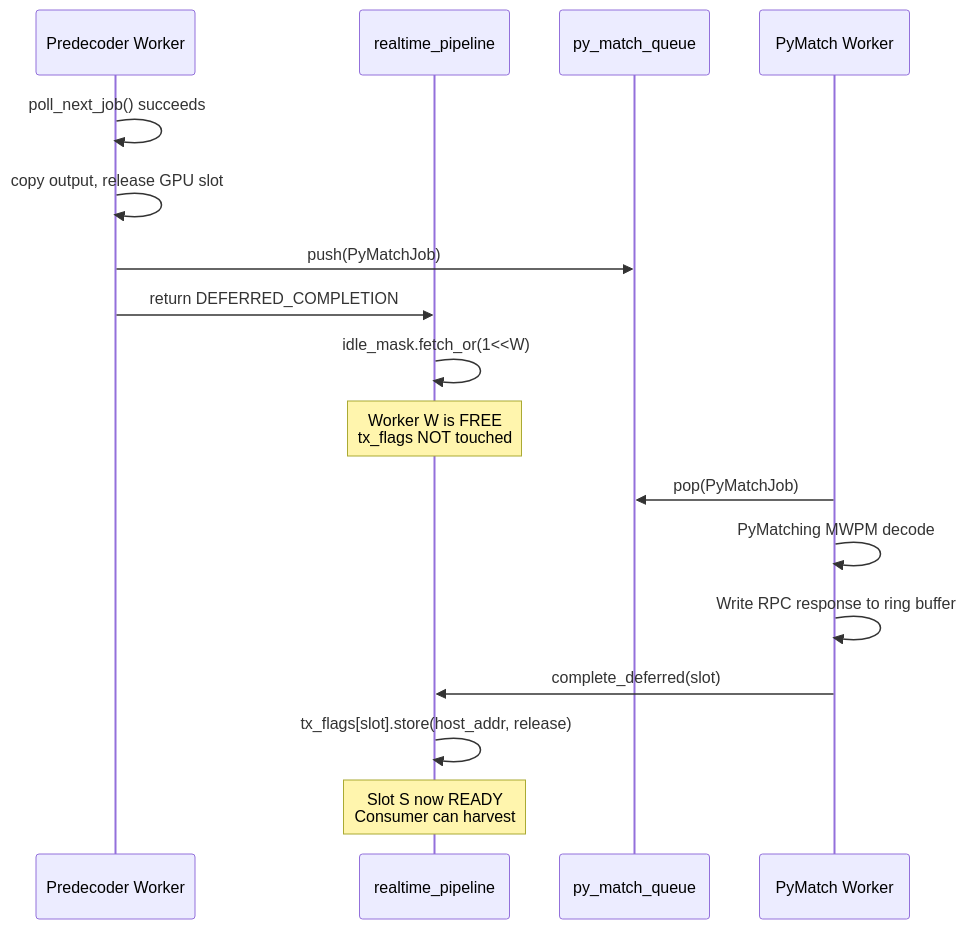
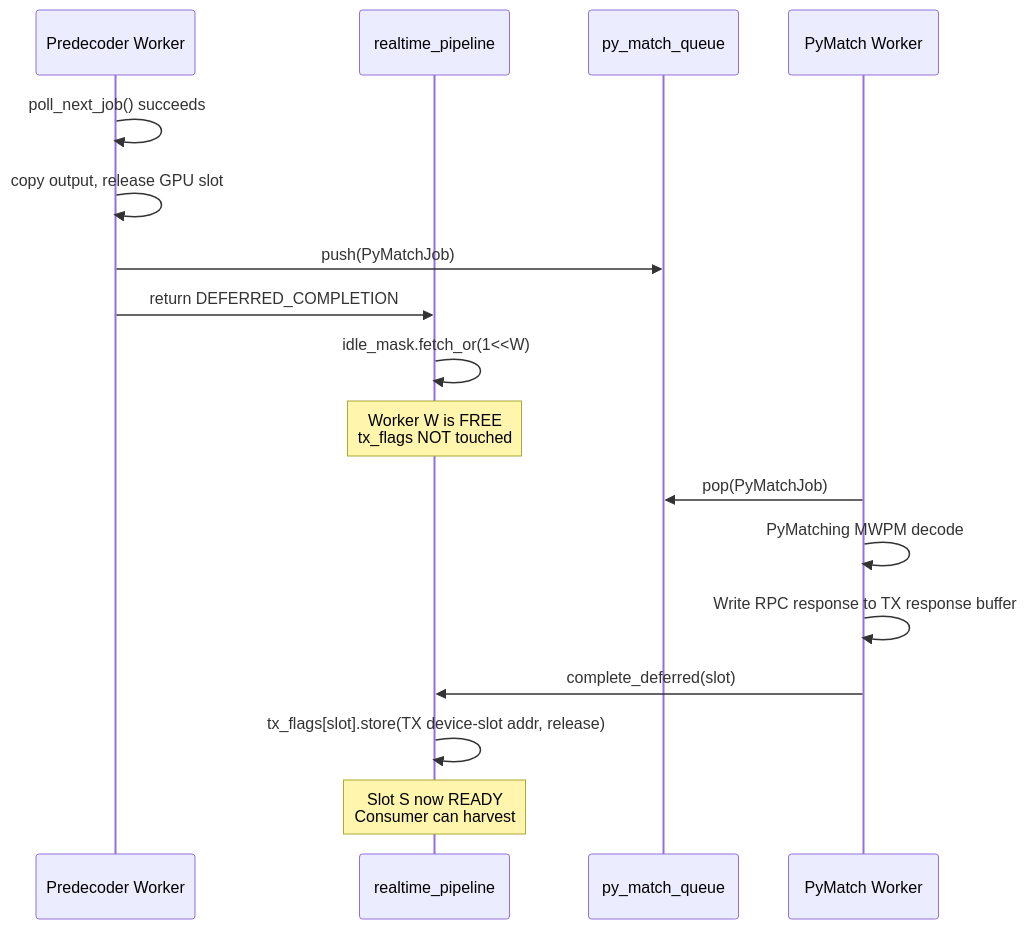
Before and after one commit to NVIDIA/cudaqx: the eighth of 8 diagrams in libs/qec/lib/realtime/realtime_pipeline_architecture.md, drawn with Mermaid. The commit also changed other lines of this file and 15 other files, not shown here.

````diff
--- a/libs/qec/lib/realtime/realtime_pipeline_architecture.md
+++ b/libs/qec/lib/realtime/realtime_pipeline_architecture.md
@@ -430,21 +436,21 @@
 ```mermaid
 sequenceDiagram
     participant PW as Predecoder Worker
     participant Pipeline as realtime_pipeline
     participant PMQ as py_match_queue
     participant PMW as PyMatch Worker
 
     PW->>PW: poll_next_job() succeeds
     PW->>PW: copy output, release GPU slot
     PW->>PMQ: push(PyMatchJob)
     PW->>Pipeline: return DEFERRED_COMPLETION
     Pipeline->>Pipeline: idle_mask.fetch_or(1<<W)
     Note over Pipeline: Worker W is FREE<br>tx_flags NOT touched
 
     PMW->>PMQ: pop(PyMatchJob)
     PMW->>PMW: PyMatching MWPM decode
-    PMW->>PMW: Write RPC response to ring buffer
+    PMW->>PMW: Write RPC response to TX response buffer
     PMW->>Pipeline: complete_deferred(slot)
-    Pipeline->>Pipeline: tx_flags[slot].store(host_addr, release)
+    Pipeline->>Pipeline: tx_flags[slot].store(TX device-slot addr, release)
     Note over Pipeline: Slot S now READY<br>Consumer can harvest
 ```
````
